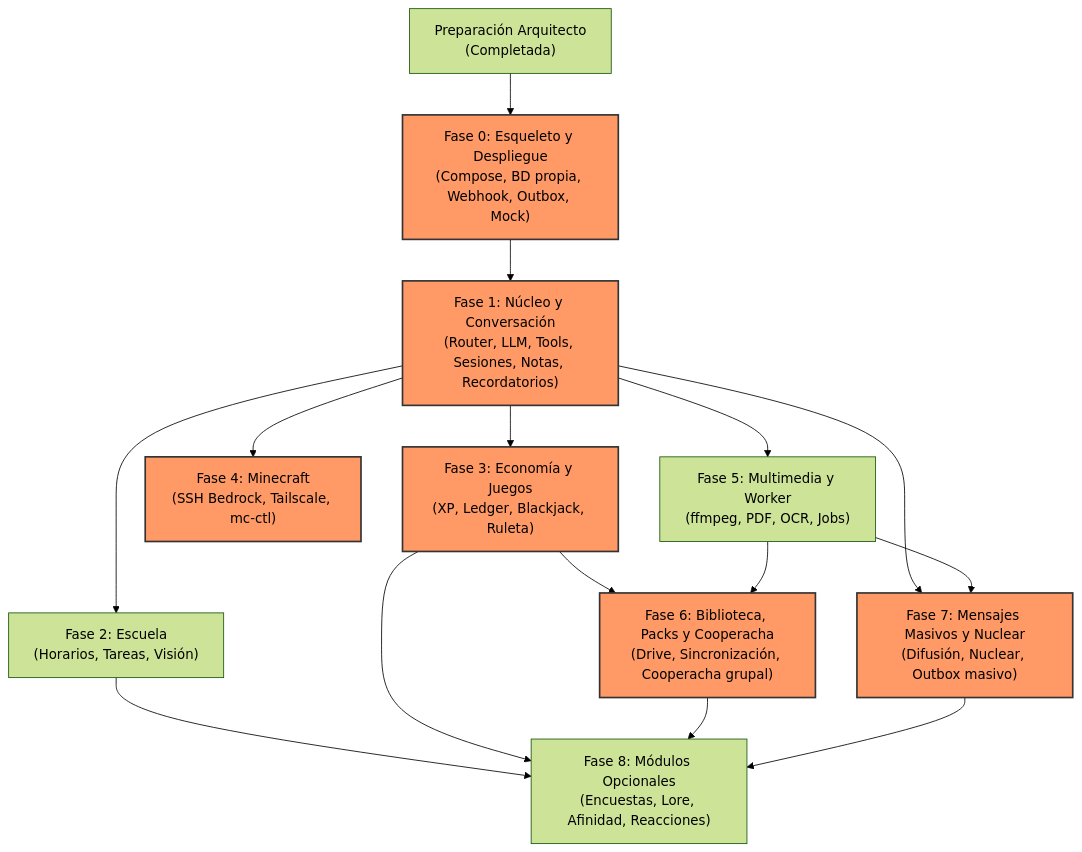
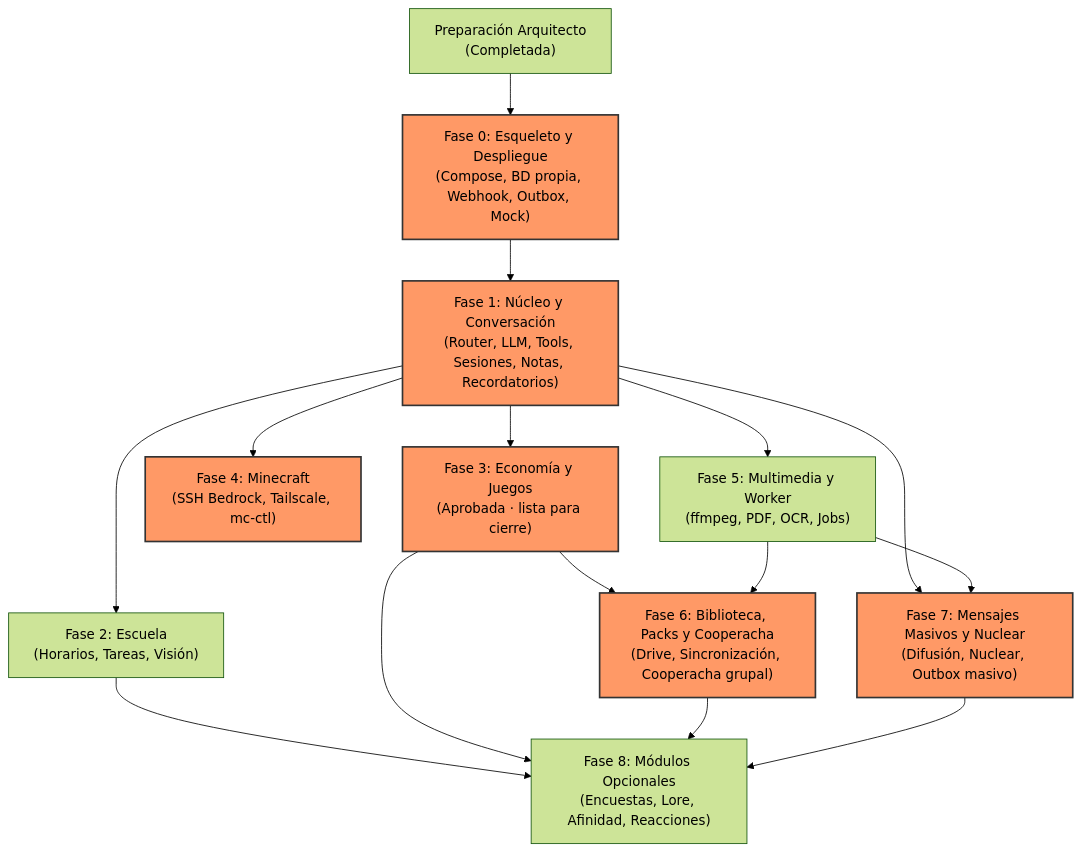
The diagram in docs/ROADMAP.md (Yzy-zu/Botskyp), drawn with Mermaid (forest theme) before and after one commit. The commit also changed other lines of this file and 33 other files, not shown here.

````diff
--- a/docs/ROADMAP.md
+++ b/docs/ROADMAP.md
@@ -14,24 +14,24 @@
 ```mermaid
 flowchart TD
     prep["Preparación Arquitecto<br/>(Completada)"] --> f0["Fase 0: Esqueleto y Despliegue<br/>(Compose, BD propia, Webhook, Outbox, Mock)"]
     f0 --> f1["Fase 1: Núcleo y Conversación<br/>(Router, LLM, Tools, Sesiones, Notas, Recordatorios)"]
     
     f1 --> f2["Fase 2: Escuela<br/>(Horarios, Tareas, Visión)"]
-    f1 --> f3["Fase 3: Economía y Juegos<br/>(XP, Ledger, Blackjack, Ruleta)"]
+    f1 --> f3["Fase 3: Economía y Juegos<br/>(Aprobada · lista para cierre)"]
     f1 --> f4["Fase 4: Minecraft<br/>(SSH Bedrock, Tailscale, mc-ctl)"]
     f1 --> f5["Fase 5: Multimedia y Worker<br/>(ffmpeg, PDF, OCR, Jobs)"]
     
     f3 --> f6["Fase 6: Biblioteca, Packs y Cooperacha<br/>(Drive, Sincronización, Cooperacha grupal)"]
     f5 --> f6
     
     f1 --> f7["Fase 7: Mensajes Masivos y Nuclear<br/>(Difusión, Nuclear, Outbox masivo)"]
     f5 --> f7
     
     f2 --> f8["Fase 8: Módulos Opcionales<br/>(Encuestas, Lore, Afinidad, Reacciones)"]
     f3 --> f8
     f6 --> f8
     f7 --> f8
 
     classDef critical fill:#f96,stroke:#333,stroke-width:2px;
     class f0,f1,f3,f4,f6,f7 critical;
 ```
````
